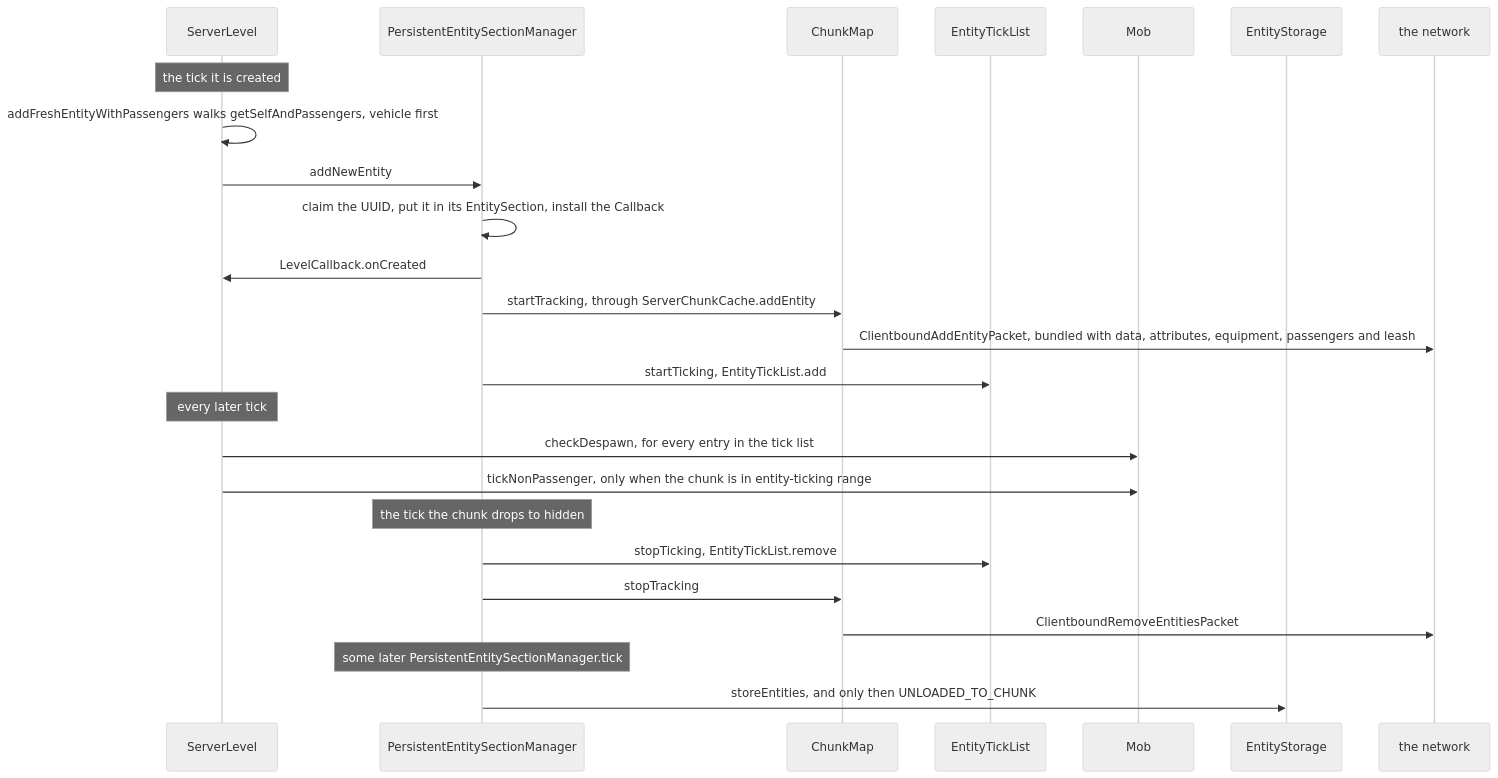
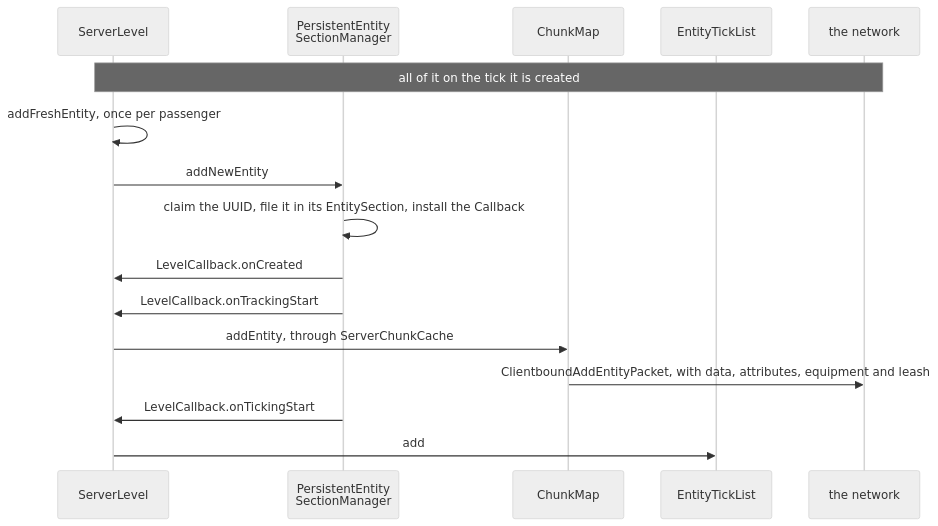
One commit to AlexanderjFraser/MinecraftDocs changed the third of 4 diagrams in src/systems/entities/entity-lifecycle.md. Above: the diagram before and after it, drawn with Mermaid (neutral theme). The commit also changed other lines of this file and 68 other files, not shown here.

````diff
--- a/src/systems/entities/entity-lifecycle.md
+++ b/src/systems/entities/entity-lifecycle.md
@@ -266,28 +303,19 @@
 ```mermaid
 sequenceDiagram
     participant SL as ServerLevel
-    participant PESM as PersistentEntitySectionManager
+    participant PESM as PersistentEntity<br/>SectionManager
     participant CM as ChunkMap
     participant ETL as EntityTickList
-    participant Mob as Mob
-    participant ES as EntityStorage
     participant Wire as the network
 
-    Note over SL: the tick it is created
-    SL->>SL: addFreshEntityWithPassengers walks getSelfAndPassengers, vehicle first
+    Note over SL,Wire: all of it on the tick it is created
+    SL->>SL: addFreshEntity, once per passenger
     SL->>PESM: addNewEntity
-    PESM->>PESM: claim the UUID, put it in its EntitySection, install the Callback
+    PESM->>PESM: claim the UUID, file it in its EntitySection, install the Callback
     PESM->>SL: LevelCallback.onCreated
-    PESM->>CM: startTracking, through ServerChunkCache.addEntity
-    CM->>Wire: ClientboundAddEntityPacket, bundled with data, attributes, equipment, passengers and leash
-    PESM->>ETL: startTicking, EntityTickList.add
-    Note over SL: every later tick
-    SL->>Mob: checkDespawn, for every entry in the tick list
-    SL->>Mob: tickNonPassenger, only when the chunk is in entity-ticking range
-    Note over PESM: the tick the chunk drops to hidden
-    PESM->>ETL: stopTicking, EntityTickList.remove
-    PESM->>CM: stopTracking
-    CM->>Wire: ClientboundRemoveEntitiesPacket
-    Note over PESM: some later PersistentEntitySectionManager.tick
-    PESM->>ES: storeEntities, and only then UNLOADED_TO_CHUNK
+    PESM->>SL: LevelCallback.onTrackingStart
+    SL->>CM: addEntity, through ServerChunkCache
+    CM->>Wire: ClientboundAddEntityPacket, with data, attributes, equipment and leash
+    PESM->>SL: LevelCallback.onTickingStart
+    SL->>ETL: add
 ```
````
